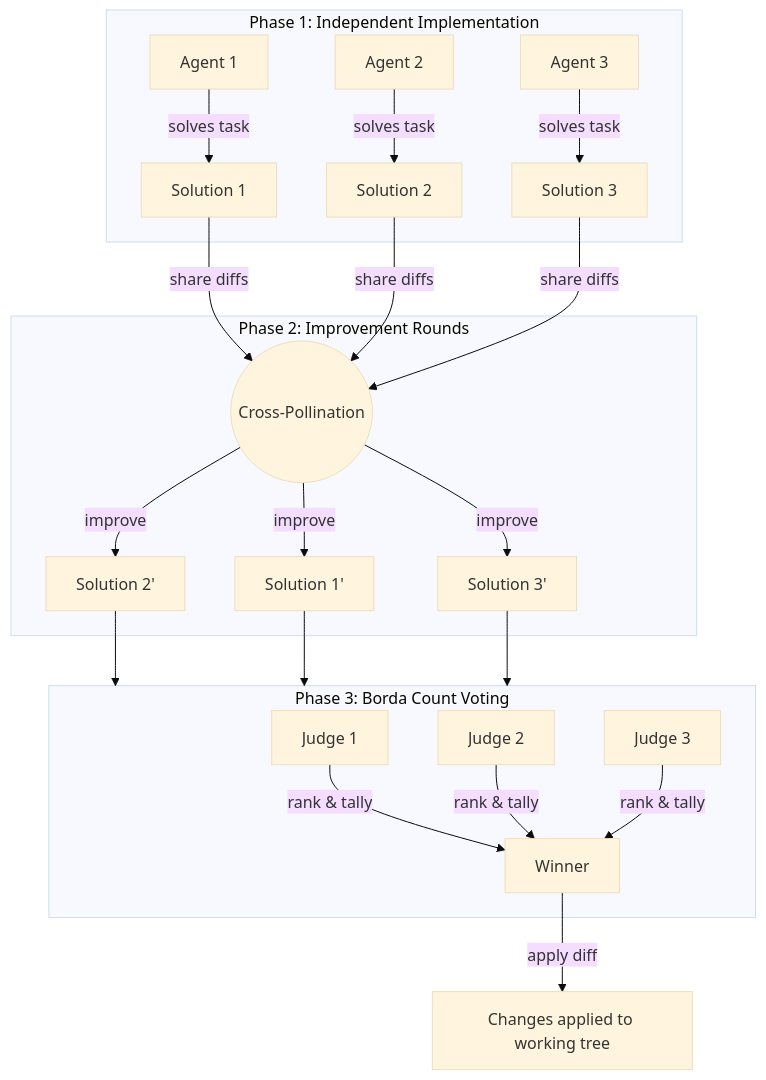
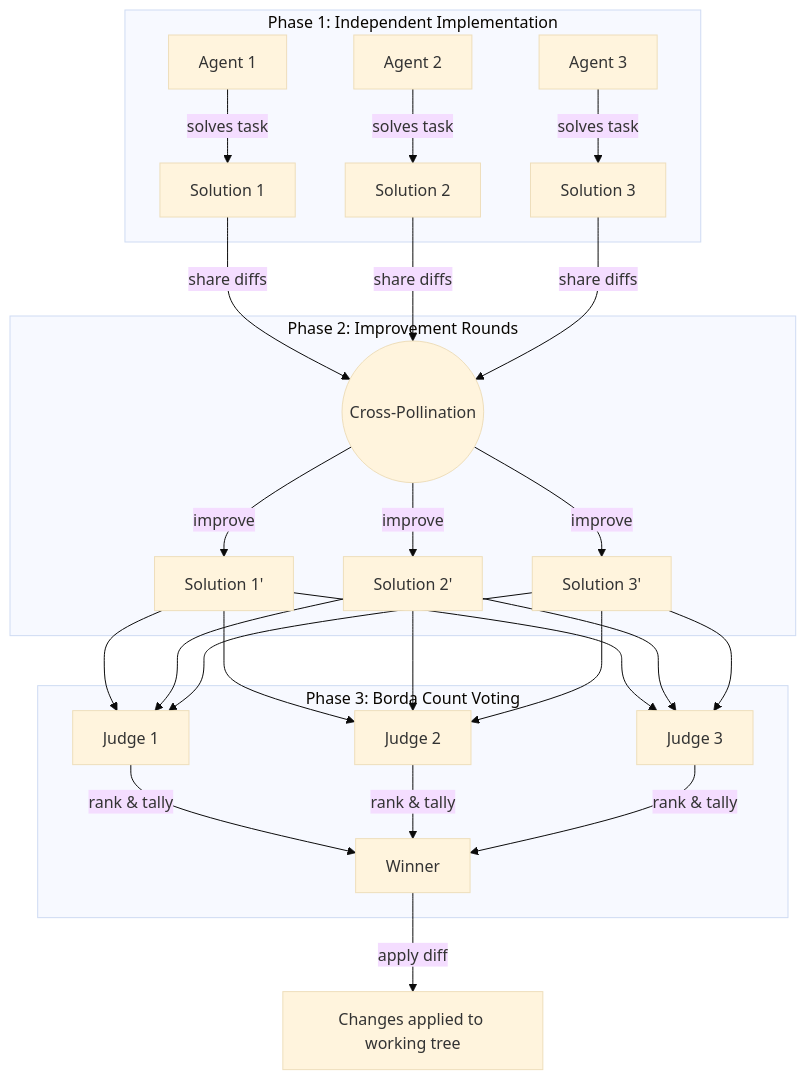
The diagram in README.md (qiao/horse-race-skill), drawn with Mermaid (base theme) before and after one commit.

Commit message:
Revise diagram

````diff
--- a/README.md
+++ b/README.md
@@ -42,25 +42,25 @@
 ```mermaid
 flowchart TD
     subgraph P1["Phase 1: Independent Implementation"]
         A1[Agent 1] -->|solves task| S1[Solution 1]
         A2[Agent 2] -->|solves task| S2[Solution 2]
         A3[Agent 3] -->|solves task| S3[Solution 3]
     end
 
     subgraph P2["Phase 2: Improvement Rounds"]
         S1 & S2 & S3 -->|share diffs| X((Cross-Pollination))
         X -->|improve| S1a["Solution 1'"]
         X -->|improve| S2a["Solution 2'"]
         X -->|improve| S3a["Solution 3'"]
     end
 
     subgraph P3["Phase 3: Borda Count Voting"]
         J1[Judge 1] & J2[Judge 2] & J3[Judge 3] -->|rank & tally| W[Winner]
     end
 
-    S2a --> P3
-    S1a --> P3
-    S3a --> P3
+    S1a --> J1 & J2 & J3
+    S2a --> J1 & J2 & J3
+    S3a --> J1 & J2 & J3
 
     W -->|apply diff| R[Changes applied to working tree]
 ```
````
